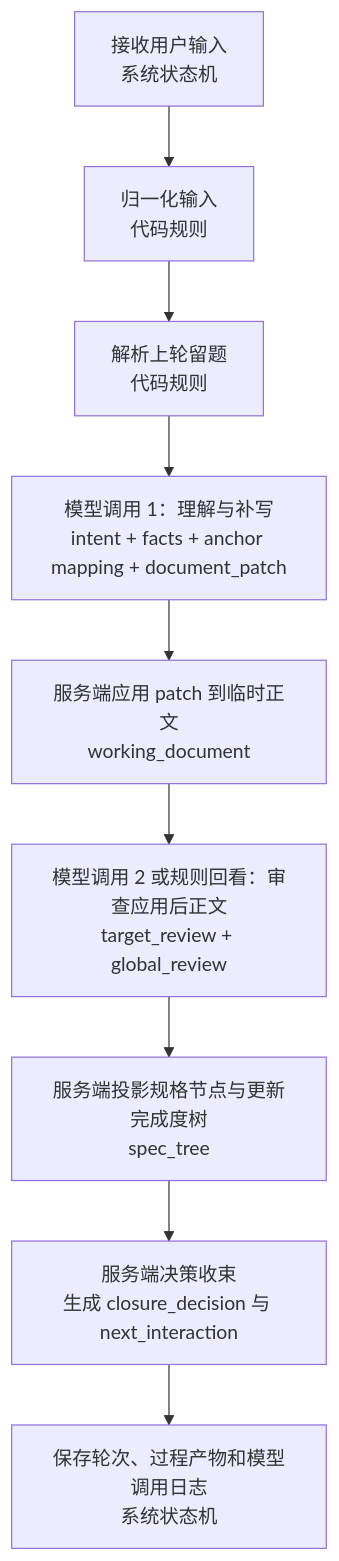
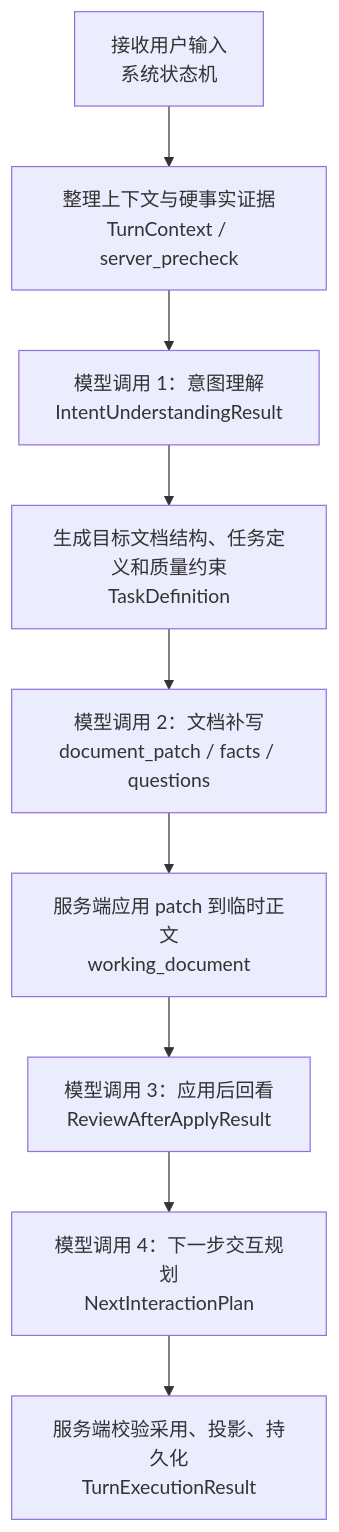
Diagram 26 of 35 in DOC/CODEX_DOC/02_设计说明/P2_需求分析系统/P2-需求分析系统设计.md (wgwtest/CodeFactoryV2), drawn with Mermaid before and after one commit. The commit also changed other lines of this file and 43 other files, not shown here.

````diff
--- a/DOC/CODEX_DOC/02_设计说明/P2_需求分析系统/P2-需求分析系统设计.md
+++ b/DOC/CODEX_DOC/02_设计说明/P2_需求分析系统/P2-需求分析系统设计.md
@@ -3214,14 +3258,14 @@
 ```mermaid
 flowchart TB
   A["接收用户输入<br/>系统状态机"]
-  B["归一化输入<br/>代码规则"]
-  C["解析上轮留题<br/>代码规则"]
-  D["模型调用 1：理解与补写<br/>intent + facts + anchor mapping + document_patch"]
-  E["服务端应用 patch 到临时正文<br/>working_document"]
-  F["模型调用 2 或规则回看：审查应用后正文<br/>target_review + global_review"]
-  G["服务端投影规格节点与更新完成度树<br/>spec_tree"]
-  H["服务端决策收束<br/>生成 closure_decision 与 next_interaction"]
-  I["保存轮次、过程产物和模型调用日志<br/>系统状态机"]
+  B["整理上下文与硬事实证据<br/>TurnContext / server_precheck"]
+  C["模型调用 1：意图理解<br/>IntentUnderstandingResult"]
+  D["生成目标文档结构、任务定义和质量约束<br/>TaskDefinition"]
+  E["模型调用 2：文档补写<br/>document_patch / facts / questions"]
+  F["服务端应用 patch 到临时正文<br/>working_document"]
+  G["模型调用 3：应用后回看<br/>ReviewAfterApplyResult"]
+  H["模型调用 4：下一步交互规划<br/>NextInteractionPlan"]
+  I["服务端校验采用、投影、持久化<br/>TurnExecutionResult"]
 
   A --> B --> C --> D --> E --> F --> G --> H --> I
 ```
````
